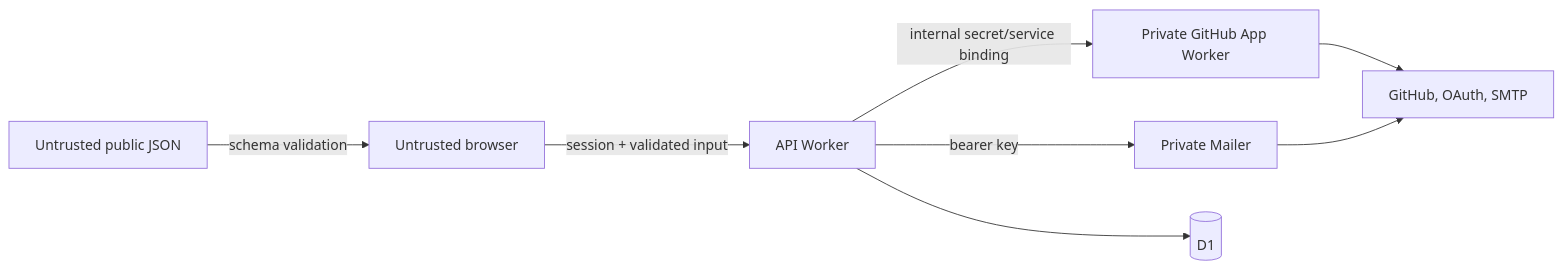
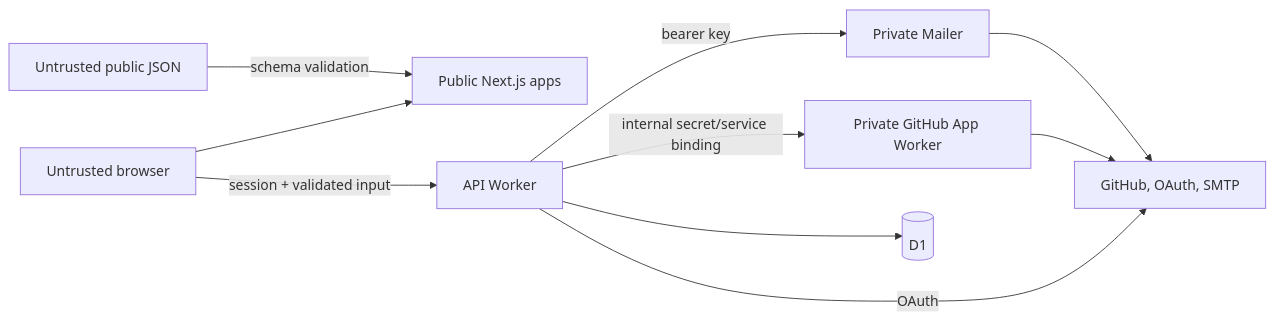
The diagram in docs/SECURITY.md (shamilaw-sci/CSC3213_20_Group_B), drawn with Mermaid before and after one commit. The commit also changed other lines of this file and 9 other files, not shown here.

````diff
--- a/docs/SECURITY.md
+++ b/docs/SECURITY.md
@@ -8,18 +8,21 @@
 ```mermaid
 flowchart LR
   Browser[Untrusted browser]
   PublicData[Untrusted public JSON]
+  PublicApps[Public Next.js apps]
   API[API Worker]
   GitHubApp[Private GitHub App Worker]
   Mailer[Private Mailer]
   Providers[GitHub, OAuth, SMTP]
   D1[(D1)]
 
+  Browser --> PublicApps
   Browser -->|session + validated input| API
-  PublicData -->|schema validation| Browser
+  PublicData -->|schema validation| PublicApps
   API --> D1
+  API -->|OAuth| Providers
   API -->|internal secret/service binding| GitHubApp
   API -->|bearer key| Mailer
   GitHubApp --> Providers
   Mailer --> Providers
 ```
````
